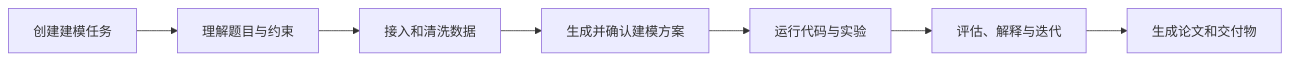
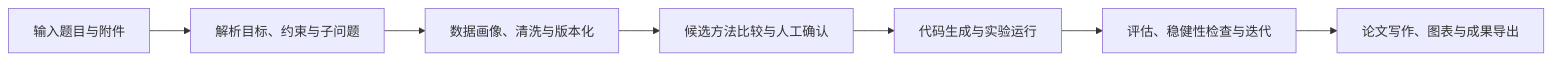
The diagram in README.md (IvanCodesDev/OpenMathModel), drawn with Mermaid before and after one commit. The commit also changed other lines of this file, not shown here.

````diff
--- a/README.md
+++ b/README.md
@@ -12,9 +37,9 @@
 ```mermaid
 flowchart LR
-    A["创建建模任务"] --> B["理解题目与约束"]
-    B --> C["接入和清洗数据"]
-    C --> D["生成并确认建模方案"]
-    D --> E["运行代码与实验"]
-    E --> F["评估、解释与迭代"]
-    F --> G["生成论文和交付物"]
+    A["输入题目与附件"] --> B["解析目标、约束与子问题"]
+    B --> C["数据画像、清洗与版本化"]
+    C --> D["候选方法比较与人工确认"]
+    D --> E["代码生成与实验运行"]
+    E --> F["评估、稳健性检查与迭代"]
+    F --> G["论文写作、图表与成果导出"]
 ```
````
